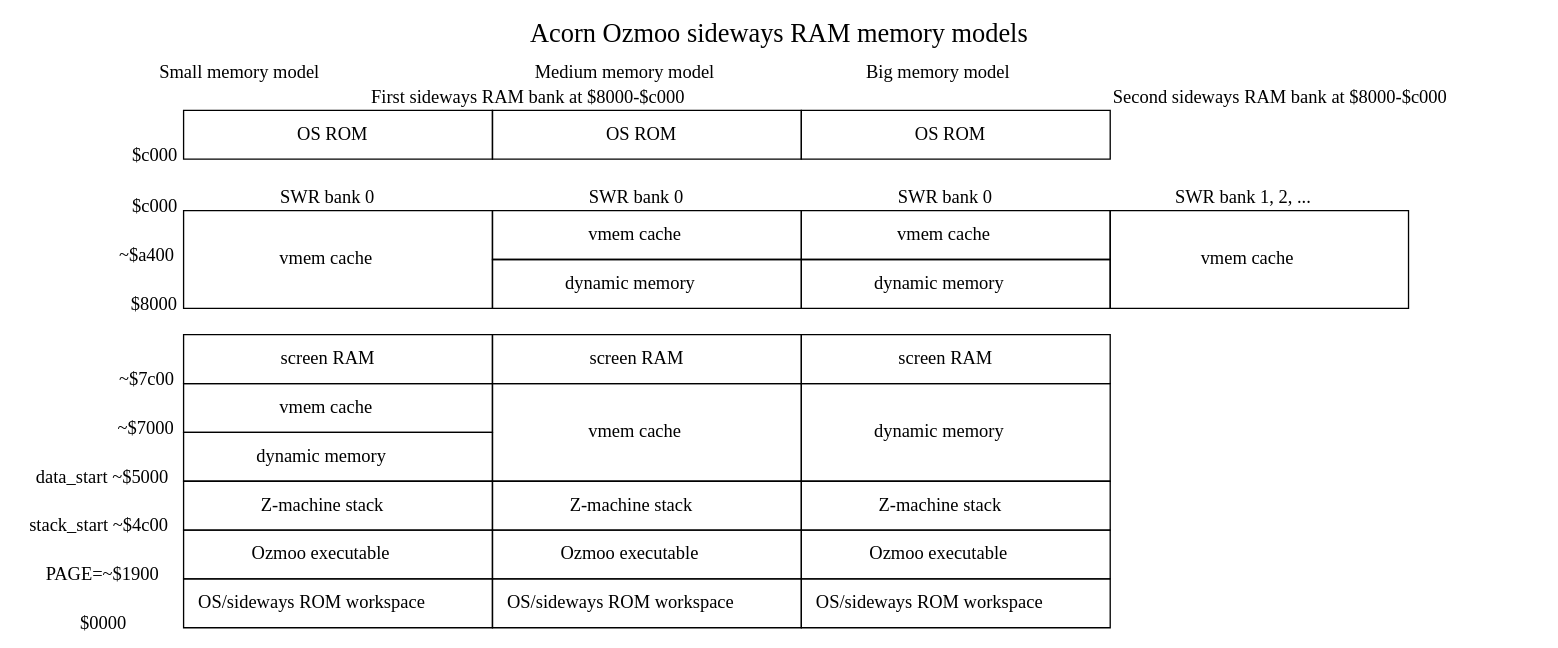
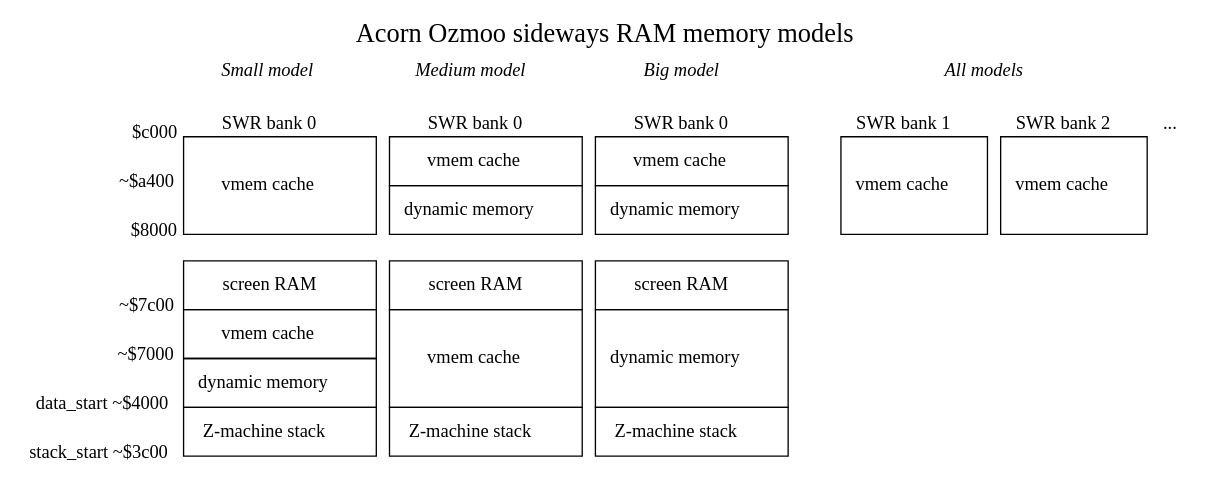
Before and after one commit to ZornsLemma/ozmoo: the diagram in documentation/techdocs/swr-memory-models.dot, drawn with Graphviz.

Commit message:
Half-decent memory model diagram

```diff
--- a/documentation/techdocs/swr-memory-models.dot
+++ b/documentation/techdocs/swr-memory-models.dot
@@ -1,86 +1,89 @@
 digraph memory {
     graph [nodesep=1, label="Acorn Ozmoo sideways RAM memory models", fontsize=20, labelloc=t];
     forcelabels=true;
     node [shape=plaintext];
 
     small [label=<
     <table border="0" cellspacing="0">
         <tr>
-            <td colspan="2" border="0">Small memory model</td>
-            <td colspan="1" border="0">Medium memory model</td>
-	    <td colspan="1" border="0">Big memory model</td>
-        </tr>
-        <tr>
-            <td colspan="4" border="0">First sideways RAM bank at $8000-$c000</td>
-            <td colspan="4" border="0">Second sideways RAM bank at $8000-$c000</td>
-        </tr>
-        <tr>
-            <td align="text" valign="bottom"><sub>$c000</sub><br align="right" /></td>
-            <td border="1" cellpadding="10">OS ROM</td>
-            <td border="1" cellpadding="10">OS ROM</td>
-	    <td border="1" cellpadding="10">OS ROM</td>
+	    <td></td>
+            <td colspan="1" border="0"><i>Small model</i></td>
+	    <td width="10"></td>
+            <td colspan="1" border="0"><i>Medium model</i></td>
+	    <td width="10"></td>
+	    <td colspan="1" border="0"><i>Big model</i></td>
+	    <td width="40"></td>
+	    <td colspan="3" border="0"><i>All models</i></td>
         </tr>
 	<tr>
 	    <td border="0" cellpadding="10"></td>
 	</tr>
 	<tr>
 	    <td align="text" valign="bottom"><sub>$c000</sub><br align="right" /></td>
 	    <td border="0">SWR bank 0</td>
+	    <td></td>
 	    <td border="0">SWR bank 0</td>
+	    <td></td>
 	    <td border="0">SWR bank 0</td>
-	    <td border="0">SWR bank 1, 2, ...</td>
+	    <td></td>
+	    <td border="0">SWR bank 1</td>
+	    <td width="10"></td>
+	    <td border="0">SWR bank 2</td>
+	    <td width="10"></td>
+	    <td border="0">...</td>
 	</tr>
 	<tr>
 	    <td align="text" valign="bottom"><sub>~$a400</sub><br align="right" /></td>
 	    <td border="1" rowspan="2" cellpadding="10">vmem cache</td>
+	    <td></td>
 	    <td border="1" cellpadding="10">vmem cache</td>
+	    <td></td>
 	    <td border="1" cellpadding="10">vmem cache</td>
+	    <td></td>
+	    <td border="1" rowspan="2" cellpadding="10">vmem cache</td>
+	    <td></td>
 	    <td border="1" rowspan="2" cellpadding="10">vmem cache</td>
 	</tr>
         <tr>
             <td align="text" valign="bottom"><sub>$8000</sub><br align="right" /></td>
+	    <td></td>
 	    <td border="1" cellpadding="10">dynamic memory</td>
+	    <td></td>
 	    <td border="1" cellpadding="10">dynamic memory</td>
         </tr>
 	<tr>
 	    <td border="0" cellpadding="10"></td>
 	</tr>
         <tr>
             <td align="text" valign="bottom"><sub>~$7c00</sub><br align="right" /></td>
             <td border="1" cellpadding="10">screen RAM</td>
+	    <td></td>
             <td border="1" cellpadding="10">screen RAM</td>
+	    <td></td>
             <td border="1" cellpadding="10">screen RAM</td>
         </tr>
         <tr>
             <td align="text" valign="bottom"><sub>~$7000</sub><br align="right" /></td>
             <td border="1" cellpadding="10">vmem cache</td>
+	    <td></td>
             <td border="1" rowspan="2" cellpadding="10">vmem cache</td>
+	    <td></td>
             <td border="1" rowspan="2" cellpadding="10">dynamic memory</td>
         </tr>
         <tr>
-            <td align="text" valign="bottom"><sub>data_start ~$5000</sub><br align="right" /></td>
+            <td align="text" valign="bottom"><sub>data_start ~$4000</sub><br align="right" /></td>
             <td border="1" cellpadding="10">dynamic memory</td>
         </tr>
         <tr>
-            <td align="text" valign="bottom"><sub>stack_start ~$4c00</sub><br align="right" /></td>
+            <td align="text" valign="bottom"><sub>stack_start ~$3c00</sub><br align="right" /></td>
             <td border="1" cellpadding="10">Z-machine stack</td>
+	    <td></td>
             <td border="1" cellpadding="10">Z-machine stack</td>
+	    <td></td>
             <td border="1" cellpadding="10">Z-machine stack</td>
-        </tr>
-        <tr>
-            <td align="text" valign="bottom"><sub>PAGE=~$1900</sub></td>
-            <td border="1" cellpadding="10">Ozmoo executable</td>
-            <td border="1" cellpadding="10">Ozmoo executable</td>
-            <td border="1" cellpadding="10">Ozmoo executable</td>
-        </tr>
-        <tr>
-            <td align="text" valign="bottom"><sub>$0000</sub></td>
-            <td border="1" cellpadding="10">OS/sideways ROM workspace</td>
-            <td border="1" cellpadding="10">OS/sideways ROM workspace</td>
-            <td border="1" cellpadding="10">OS/sideways ROM workspace</td>
         </tr>
     </table>>];
 
 }
 
 # vi: sw=4 sts=4
```
